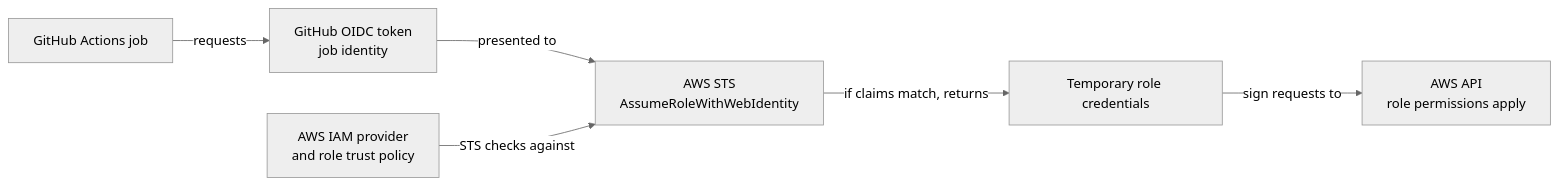
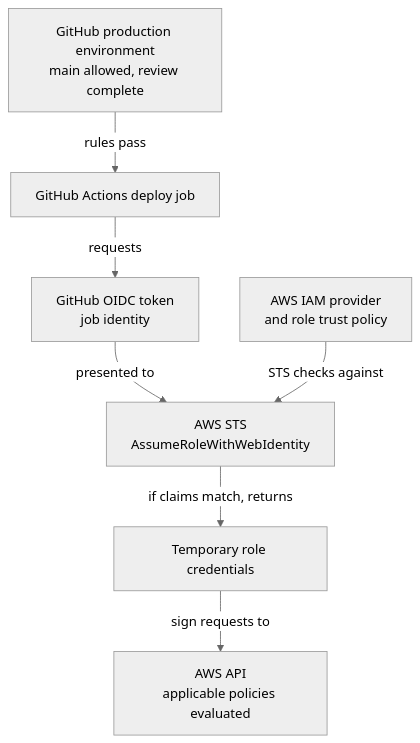
One commit to David-A18/MY-humble-knowledge-for-everyone changed the diagram in knowledge/git/github-actions/aws-oidc-federation.md. Above: the diagram before and after it, drawn with Mermaid (neutral theme). The commit also changed other lines of this file and 7 other files, not shown here.

Commit message:
docs: clarify Actions credential and AWS OIDC boundaries

````diff
--- a/knowledge/git/github-actions/aws-oidc-federation.md
+++ b/knowledge/git/github-actions/aws-oidc-federation.md
@@ -46,14 +55,16 @@
 ```mermaid
-flowchart LR
-  job["GitHub Actions job"]
+flowchart TB
+  gate["GitHub production environment<br/>main allowed, review complete"]
+  job["GitHub Actions deploy job"]
   token["GitHub OIDC token<br/>job identity"]
   trust["AWS IAM provider<br/>and role trust policy"]
   sts["AWS STS<br/>AssumeRoleWithWebIdentity"]
   creds["Temporary role credentials"]
-  api["AWS API<br/>role permissions apply"]
+  api["AWS API<br/>applicable policies evaluated"]
+  gate -- "rules pass" --> job
   job -- "requests" --> token
   token -- "presented to" --> sts
   trust -- "STS checks against" --> sts
   sts -- "if claims match, returns" --> creds
   creds -- "sign requests to" --> api
 ```
````
